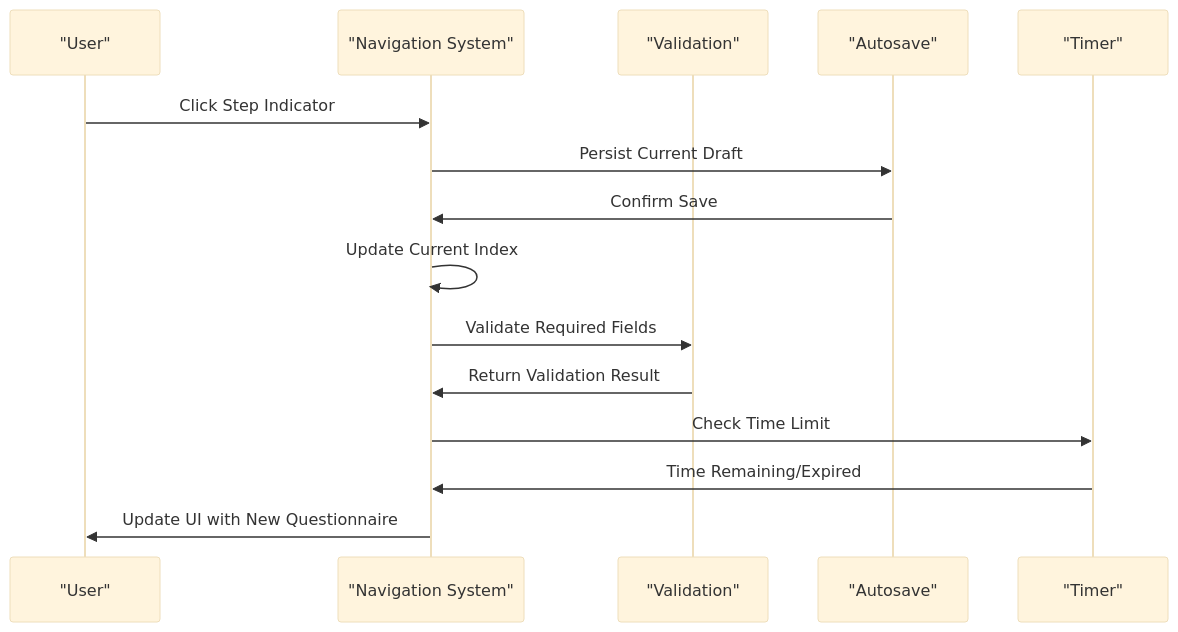
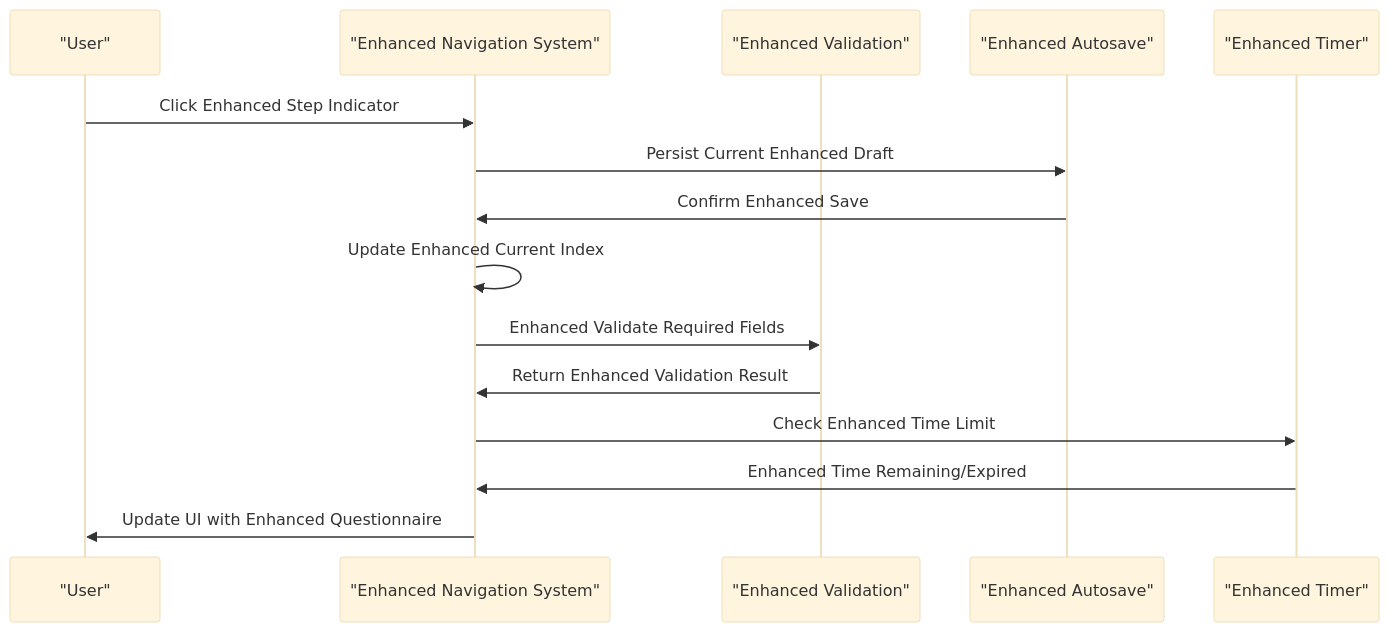
The fourth of 9 diagrams in .qoder/repowiki/en/content/Core Features/Evaluation Workflows/Questionnaire Filling Interface.md (rudicatsmile/assesment360), drawn with Mermaid (base theme) before and after one commit. The commit also changed other lines of this file and 6 other files, not shown here.

````diff
--- a/.qoder/repowiki/en/content/Core Features/Evaluation Workflows/Questionnaire Filling Interface.md
+++ b/.qoder/repowiki/en/content/Core Features/Evaluation Workflows/Questionnaire Filling Interface.md
@@ -271,17 +276,17 @@
 ```mermaid
 sequenceDiagram
 participant U as "User"
-participant N as "Navigation System"
-participant V as "Validation"
-participant A as "Autosave"
-participant T as "Timer"
-U->>N : Click Step Indicator
-N->>A : Persist Current Draft
-A->>N : Confirm Save
-N->>N : Update Current Index
-N->>V : Validate Required Fields
-V->>N : Return Validation Result
-N->>T : Check Time Limit
-T->>N : Time Remaining/Expired
-N->>U : Update UI with New Questionnaire
+participant N as "Enhanced Navigation System"
+participant V as "Enhanced Validation"
+participant A as "Enhanced Autosave"
+participant T as "Enhanced Timer"
+U->>N : Click Enhanced Step Indicator
+N->>A : Persist Current Enhanced Draft
+A->>N : Confirm Enhanced Save
+N->>N : Update Enhanced Current Index
+N->>V : Enhanced Validate Required Fields
+V->>N : Return Enhanced Validation Result
+N->>T : Check Enhanced Time Limit
+T->>N : Enhanced Time Remaining/Expired
+N->>U : Update UI with Enhanced Questionnaire
 ```
````
